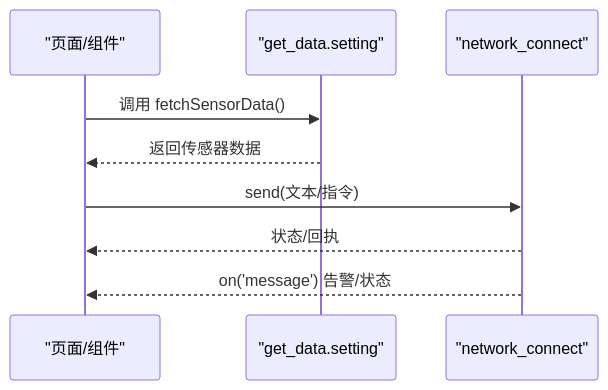
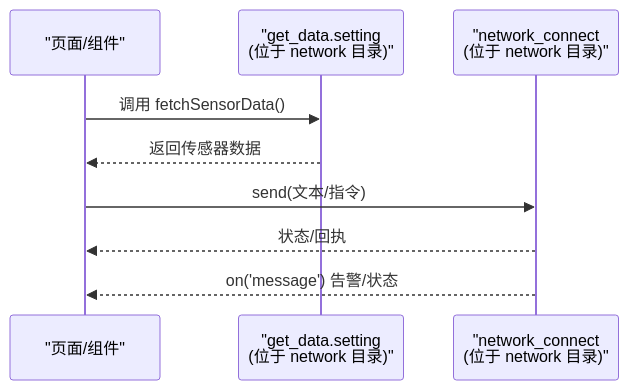
The sixth of 12 diagrams in .qoder/repowiki/zh/content/数据监控系统/数据质量监控.md (Neonrey-hub/SmartController), drawn with Mermaid before and after one commit. The commit also changed other lines of this file and 16 other files, not shown here.

````diff
--- a/.qoder/repowiki/zh/content/数据监控系统/数据质量监控.md
+++ b/.qoder/repowiki/zh/content/数据监控系统/数据质量监控.md
@@ -248,11 +263,11 @@
 ```mermaid
 sequenceDiagram
 participant Page as "页面/组件"
-participant HTTP as "get_data.setting"
-participant WS as "network_connect"
+participant HTTP as "get_data.setting<br/>(位于 network 目录)"
+participant WS as "network_connect<br/>(位于 network 目录)"
 Page->>HTTP : 调用 fetchSensorData()
 HTTP-->>Page : 返回传感器数据
 Page->>WS : send(文本/指令)
 WS-->>Page : 状态/回执
 WS-->>Page : on('message') 告警/状态
 ```
````
